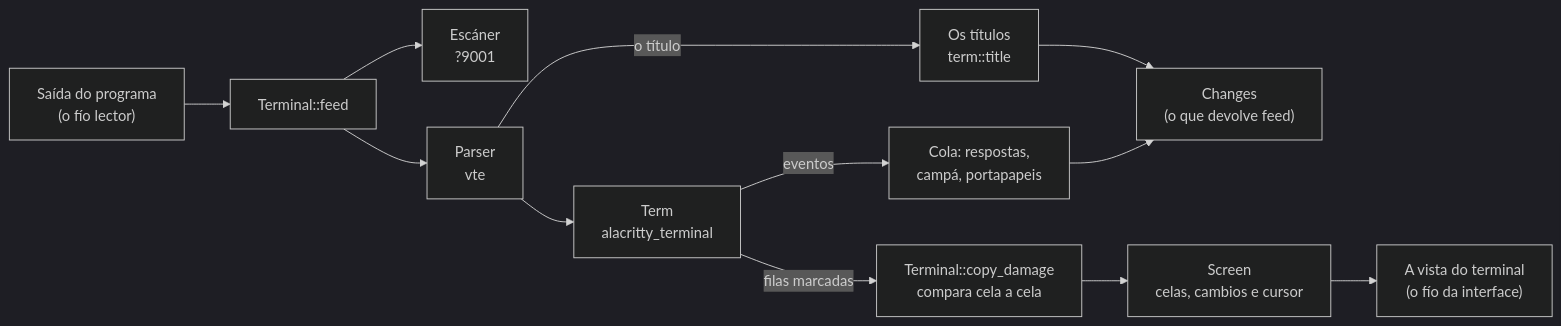
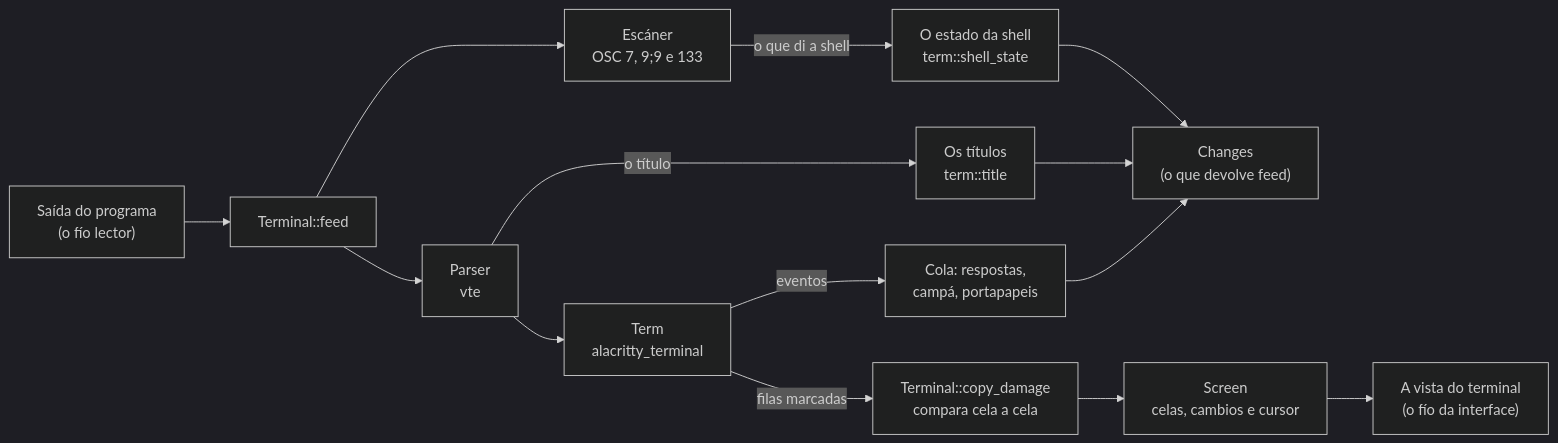
Before and after one commit to NewHouses/meiga: the fourth of 24 diagrams in docs/arquitectura.md, drawn with Mermaid (dark theme). The commit also changed other lines of this file and 29 other files, not shown here.

````diff
--- a/docs/arquitectura.md
+++ b/docs/arquitectura.md
@@ -131,14 +131,16 @@
 ```mermaid
 flowchart LR
     out["Saída do programa<br/>(o fío lector)"] --> feed["Terminal::feed"]
-    feed --> scan["Escáner<br/>?9001"]
+    feed --> scan["Escáner<br/>OSC 7, 9;9 e 133"]
     feed --> parser["Parser<br/>vte"]
     parser --> term["Term<br/>alacritty_terminal"]
     parser -- "o título" --> titles["Os títulos<br/>term::title"]
     term -- "eventos" --> queue["Cola: respostas,<br/>campá, portapapeis"]
     queue --> changes["Changes<br/>(o que devolve feed)"]
     titles --> changes
+    scan -- "o que di a shell" --> shell["O estado da shell<br/>term::shell_state"]
+    shell --> changes
     term -- "filas marcadas" --> copy["Terminal::copy_damage<br/>compara cela a cela"]
     copy --> screen["Screen<br/>celas, cambios e cursor"]
     screen --> render["A vista do terminal<br/>(o fío da interface)"]
 ```
````
